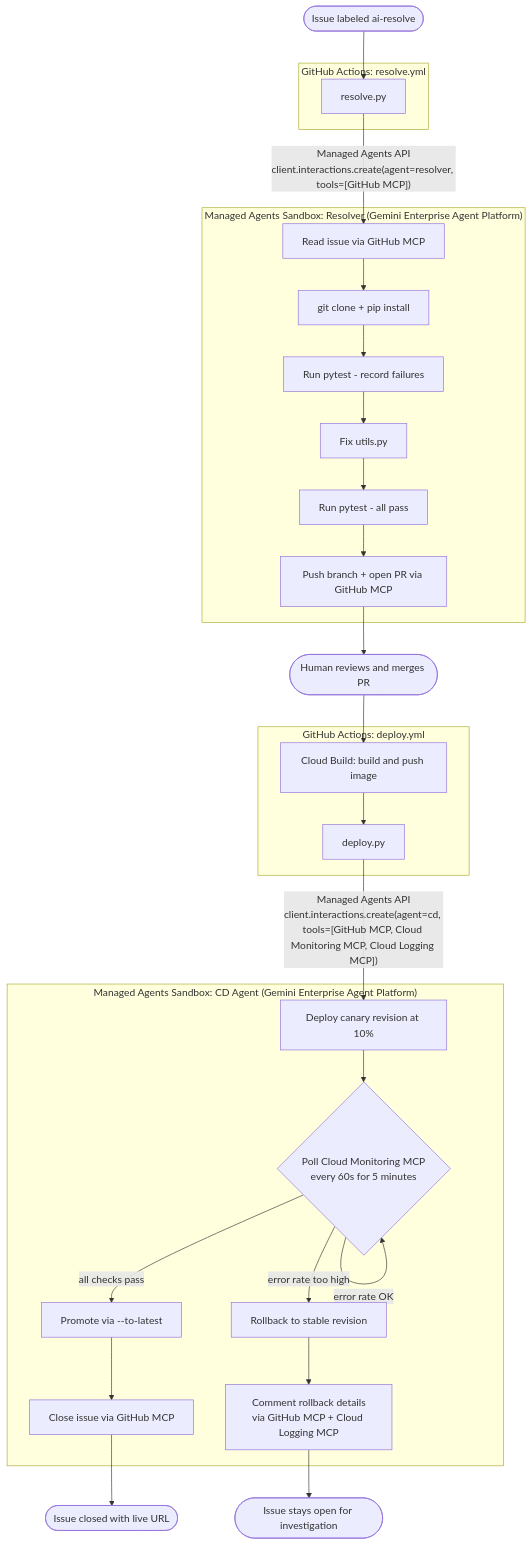
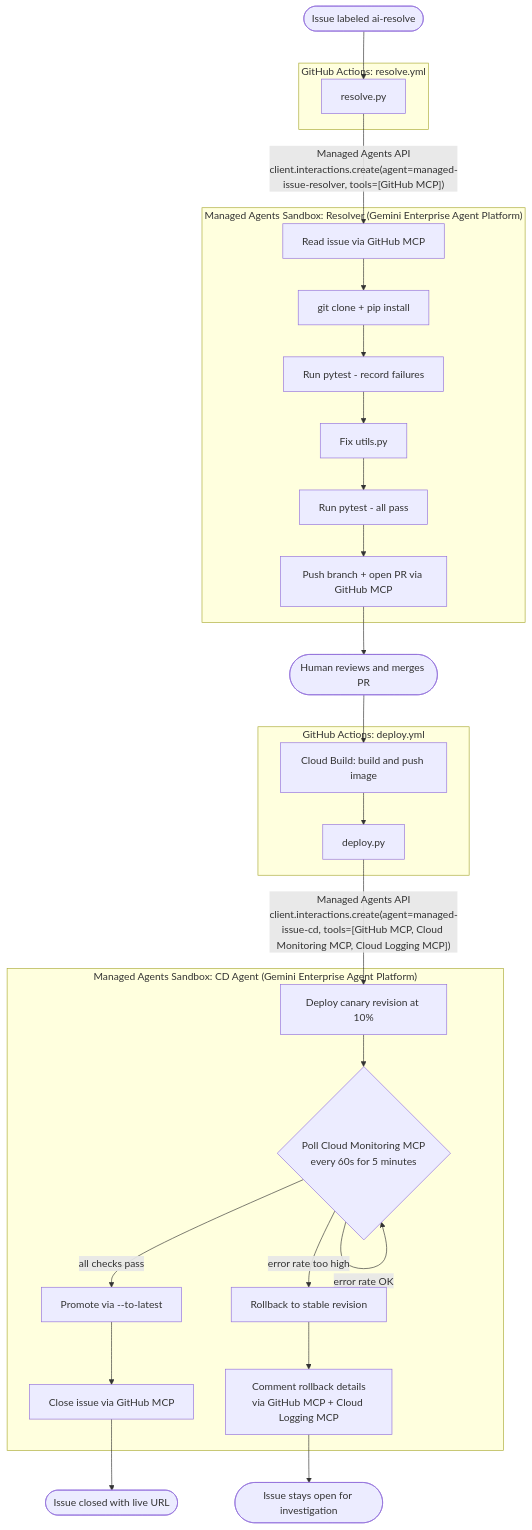
One commit to Saoussen-CH/github-issue-resolver changed the diagram in README.md. Above: the diagram before and after it, drawn with Mermaid. The commit also changed other lines of this file and 1 other file, not shown here.

Commit message:
Fix agent IDs in diagram, switch master to main throughout

````diff
--- a/README.md
+++ b/README.md
@@ -17,42 +17,42 @@
 ```mermaid
 flowchart TD
     A([Issue labeled ai-resolve]) --> B
 
     subgraph GHA1["GitHub Actions: resolve.yml"]
         B[resolve.py]
     end
 
-    B -->|"Managed Agents API\nclient.interactions.create(agent=resolver, tools=[GitHub MCP])"| C
+    B -->|"Managed Agents API\nclient.interactions.create(agent=managed-issue-resolver, tools=[GitHub MCP])"| C
 
     subgraph RA["Managed Agents Sandbox: Resolver (Gemini Enterprise Agent Platform)"]
         C[Read issue via GitHub MCP]
         C --> D["git clone + pip install"]
         D --> E[Run pytest - record failures]
         E --> F[Fix utils.py]
         F --> G[Run pytest - all pass]
         G --> H[Push branch + open PR via GitHub MCP]
     end
 
     H --> I([Human reviews and merges PR])
     I --> J
 
     subgraph GHA2["GitHub Actions: deploy.yml"]
         J[Cloud Build: build and push image]
         J --> K[deploy.py]
     end
 
-    K -->|"Managed Agents API\nclient.interactions.create(agent=cd, tools=[GitHub MCP, Cloud Monitoring MCP, Cloud Logging MCP])"| L
+    K -->|"Managed Agents API\nclient.interactions.create(agent=managed-issue-cd, tools=[GitHub MCP, Cloud Monitoring MCP, Cloud Logging MCP])"| L
 
     subgraph CDA["Managed Agents Sandbox: CD Agent (Gemini Enterprise Agent Platform)"]
         L[Deploy canary revision at 10%]
         L --> M{Poll Cloud Monitoring MCP\nevery 60s for 5 minutes}
         M -->|error rate OK| M
         M -->|all checks pass| N[Promote via --to-latest]
         M -->|error rate too high| O[Rollback to stable revision]
         N --> P[Close issue via GitHub MCP]
         O --> Q[Comment rollback details\nvia GitHub MCP + Cloud Logging MCP]
     end
 
     P --> R([Issue closed with live URL])
     Q --> S([Issue stays open for investigation])
 ```
````
